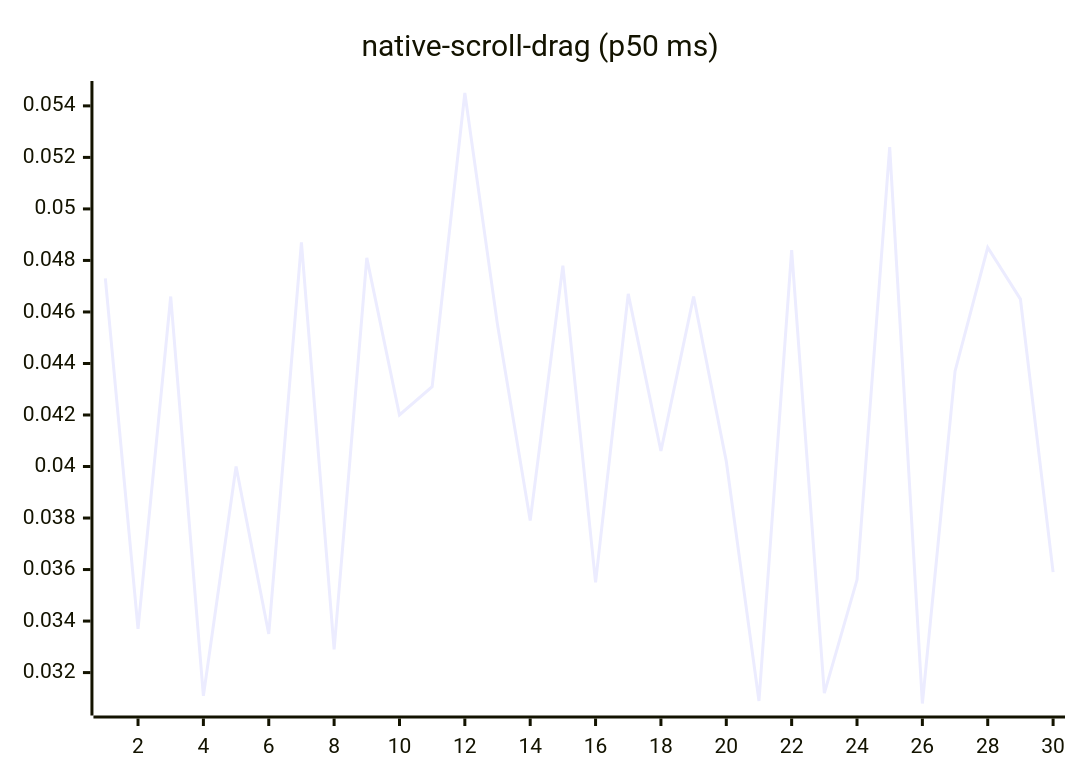
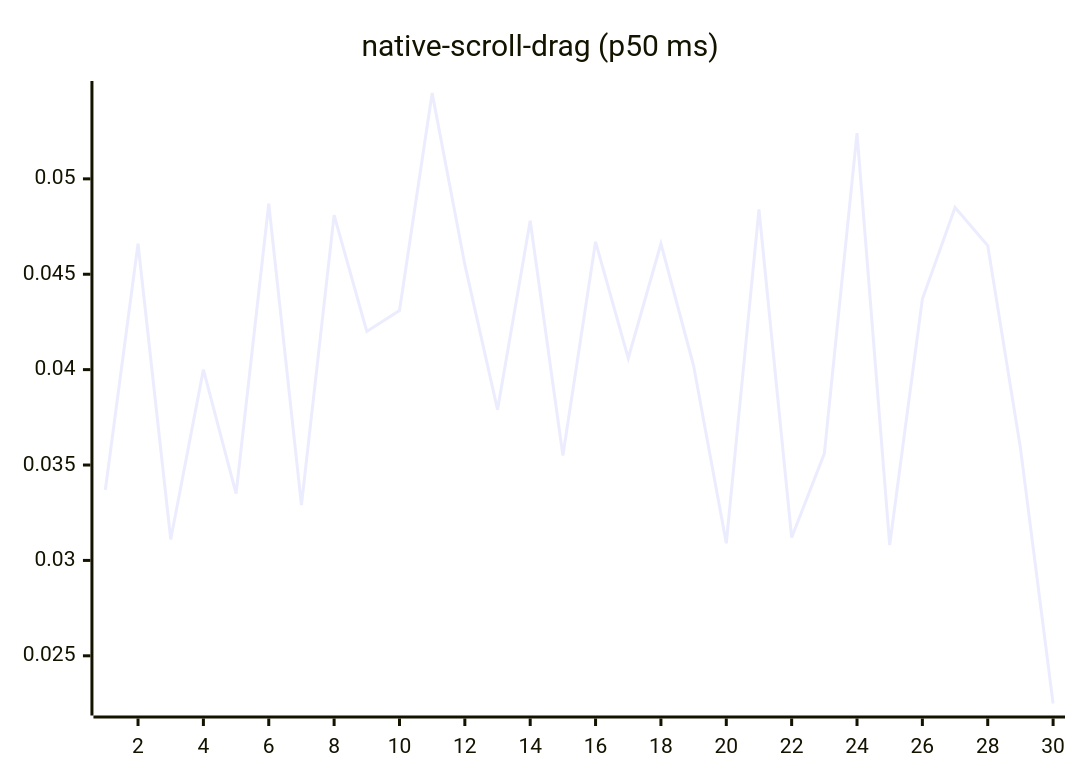
Diagram 14 of 27 in README.md (josha/Facet), drawn with Mermaid before and after one commit. The commit also changed other lines of this file and 2 other files, not shown here.

````diff
--- a/README.md
+++ b/README.md
@@ -154,6 +154,6 @@
 ```mermaid
 xychart-beta
     title "native-scroll-drag (p50 ms)"
     x-axis 1 --> 30
-    line [0.0473, 0.0337, 0.0466, 0.0311, 0.0400, 0.0335, 0.0487, 0.0329, 0.0481, 0.0420, 0.0431, 0.0545, 0.0455, 0.0379, 0.0478, 0.0355, 0.0467, 0.0406, 0.0466, 0.0402, 0.0309, 0.0484, 0.0312, 0.0356, 0.0524, 0.0308, 0.0437, 0.0485, 0.0465, 0.0359]
+    line [0.0337, 0.0466, 0.0311, 0.0400, 0.0335, 0.0487, 0.0329, 0.0481, 0.0420, 0.0431, 0.0545, 0.0455, 0.0379, 0.0478, 0.0355, 0.0467, 0.0406, 0.0466, 0.0402, 0.0309, 0.0484, 0.0312, 0.0356, 0.0524, 0.0308, 0.0437, 0.0485, 0.0465, 0.0359, 0.0225]
 ```
````
